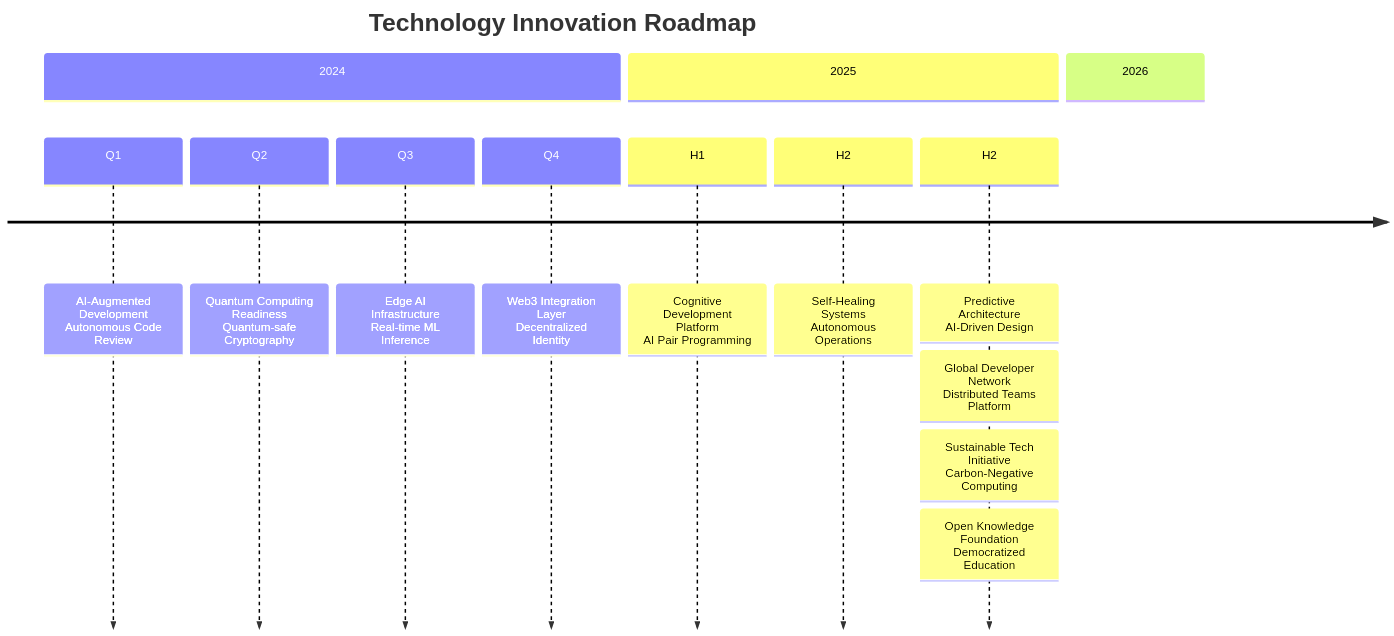
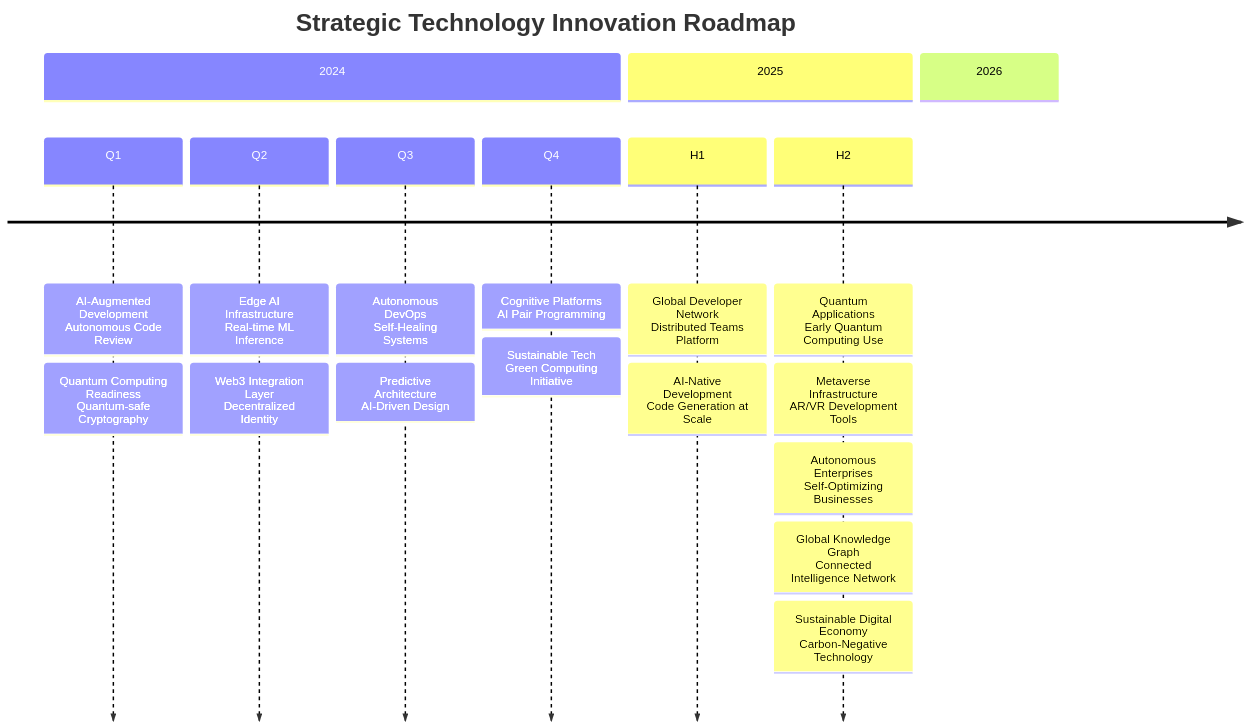
Diagram 18 of 19 in README.md (mentech93/mentech93), drawn with Mermaid before and after one commit. The commit also changed other lines of this file, not shown here.

````diff
--- a/README.md
+++ b/README.md
@@ -677,17 +954,22 @@
 ```mermaid
 timeline
-    title Technology Innovation Roadmap
+    title Strategic Technology Innovation Roadmap
     section 2024
         Q1 : AI-Augmented Development<br>Autonomous Code Review
-        Q2 : Quantum Computing Readiness<br>Quantum-safe Cryptography
-        Q3 : Edge AI Infrastructure<br>Real-time ML Inference
-        Q4 : Web3 Integration Layer<br>Decentralized Identity
+              : Quantum Computing Readiness<br>Quantum-safe Cryptography
+        Q2 : Edge AI Infrastructure<br>Real-time ML Inference
+              : Web3 Integration Layer<br>Decentralized Identity
+        Q3 : Autonomous DevOps<br>Self-Healing Systems
+              : Predictive Architecture<br>AI-Driven Design
+        Q4 : Cognitive Platforms<br>AI Pair Programming
+              : Sustainable Tech<br>Green Computing Initiative
     section 2025
-        H1 : Cognitive Development Platform<br>AI Pair Programming
-        H2 : Self-Healing Systems<br>Autonomous Operations
-        H2 : Predictive Architecture<br>AI-Driven Design
+        H1 : Global Developer Network<br>Distributed Teams Platform
+              : AI-Native Development<br>Code Generation at Scale
+        H2 : Quantum Applications<br>Early Quantum Computing Use
+              : Metaverse Infrastructure<br>AR/VR Development Tools
     section 2026
-        : Global Developer Network<br>Distributed Teams Platform
-        : Sustainable Tech Initiative<br>Carbon-Negative Computing
-        : Open Knowledge Foundation<br>Democratized Education
+        : Autonomous Enterprises<br>Self-Optimizing Businesses
+        : Global Knowledge Graph<br>Connected Intelligence Network
+        : Sustainable Digital Economy<br>Carbon-Negative Technology
 ```
````
